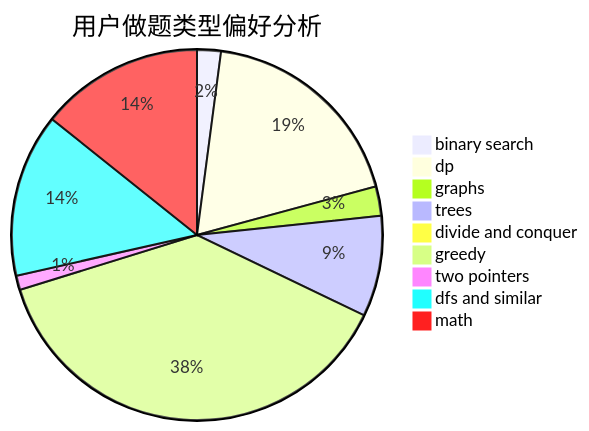
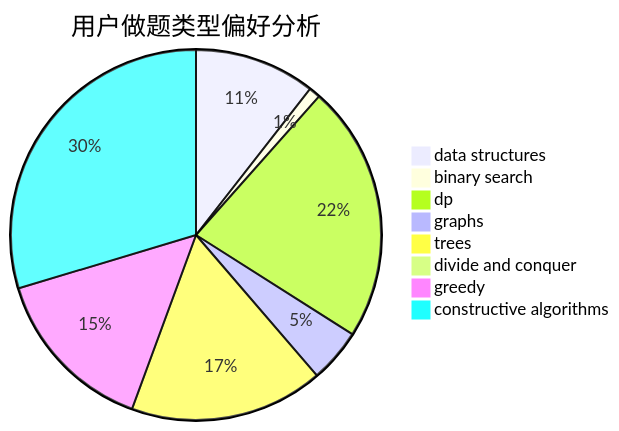
The second of 3 diagrams in docs/user/u1978.md (sherpahu/cfrs.github.io), drawn with Mermaid before and after one commit. The commit also changed other lines of this file and 2775 other files, not shown here.

````diff
--- a/docs/user/u1978.md
+++ b/docs/user/u1978.md
@@ -23,12 +23,11 @@
 ```mermaid
 pie title 用户做题类型偏好分析
-    "binary search" :  30
-    "dp" :  270
-    "graphs" :  37
-    "trees" :  127
-    "divide and conquer" :  1
-    "greedy" :  550
-    "two pointers" :  18
-    "dfs and similar" :  206
-    "math" :  206
+    "data structures" :  63
+    "binary search" :  6
+    "dp" :  134
+    "graphs" :  28
+    "trees" :  101
+    "divide and conquer" :  0
+    "greedy" :  88
+    "constructive algorithms" :  177
 ```
````
